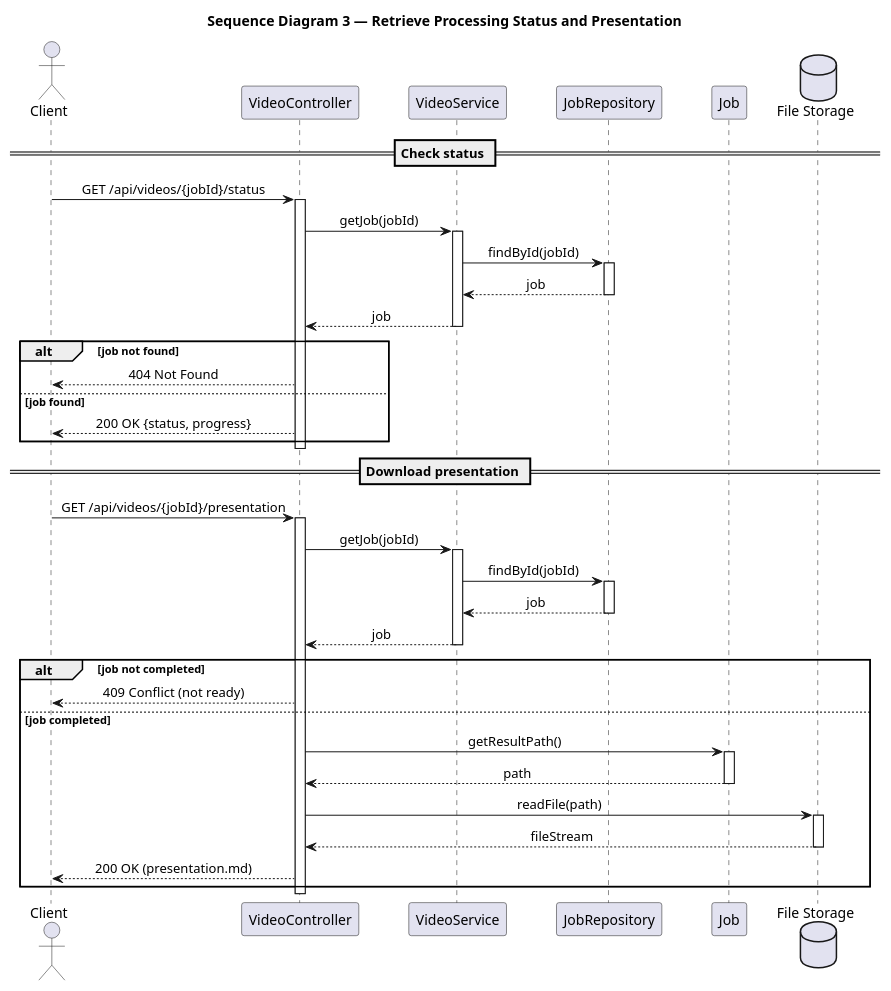
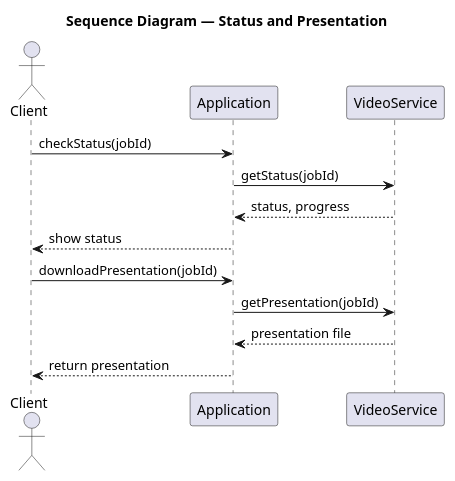
One commit to patiy8535-svg/Video_to_Presentation changed the diagram in docx/SequenceDiagram_GetPresentation.puml. Above: the diagram before and after it, drawn with PlantUML. The commit also changed 14 other files, not shown here.

```diff
--- a/docx/SequenceDiagram_GetPresentation.puml
+++ b/docx/SequenceDiagram_GetPresentation.puml
@@ -1,70 +1,17 @@
-@startuml GetPresentation
-
-title Sequence Diagram 3 — Retrieve Processing Status and Presentation
-
-skinparam shadowing false
-skinparam sequenceMessageAlign center
-skinparam ParticipantPadding 20
-skinparam BoxPadding 10
+@startuml
+title Sequence Diagram — Status and Presentation
 
 actor Client
-participant "VideoController" as Controller
-participant "VideoService" as Service
-participant "JobRepository" as Repo
-participant "Job" as Job
-database "File Storage" as Storage
+participant Application
+participant VideoService
 
-== Check status ==
+Client -> Application : checkStatus(jobId)
+Application -> VideoService : getStatus(jobId)
+VideoService --> Application : status, progress
+Application --> Client : show status
 
-Client -> Controller : GET /api/videos/{jobId}/status
-activate Controller
-
-Controller -> Service : getJob(jobId)
-activate Service
-Service -> Repo : findById(jobId)
-activate Repo
-Repo --> Service : job
-deactivate Repo
-Service --> Controller : job
-deactivate Service
-
-alt job not found
-    Controller --> Client : 404 Not Found
-else job found
-    Controller --> Client : 200 OK {status, progress}
-end
-deactivate Controller
-
-== Download presentation ==
-
-Client -> Controller : GET /api/videos/{jobId}/presentation
-activate Controller
-
-Controller -> Service : getJob(jobId)
-activate Service
-Service -> Repo : findById(jobId)
-activate Repo
-Repo --> Service : job
-deactivate Repo
-Service --> Controller : job
-deactivate Service
-
-alt job not completed
-    Controller --> Client : 409 Conflict (not ready)
-else job completed
-    Controller -> Job : getResultPath()
-    activate Job
-    Job --> Controller : path
-    deactivate Job
-
-    Controller -> Storage : readFile(path)
-    activate Storage
-    Storage --> Controller : fileStream
-    deactivate Storage
-
-    Controller --> Client : 200 OK (presentation.md)
-end
-
-deactivate Controller
-
+Client -> Application : downloadPresentation(jobId)
+Application -> VideoService : getPresentation(jobId)
+VideoService --> Application : presentation file
+Application --> Client : return presentation
 @enduml
```
